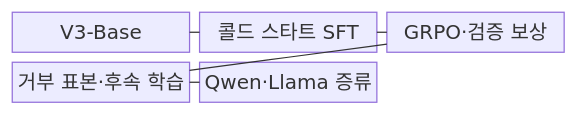
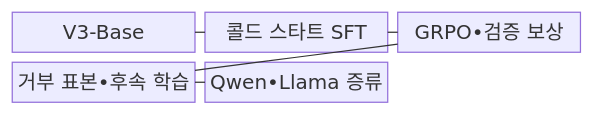
Before and after one commit to agnusdei1207/knowledge-base: the first of 2 diagrams in src/content/docs/notes/08-latest-tech/043_deepseek_r1.md, drawn with Mermaid. The commit also changed other lines of this file and 953 other files, not shown here.

````diff
--- a/src/content/docs/notes/08-latest-tech/043_deepseek_r1.md
+++ b/src/content/docs/notes/08-latest-tech/043_deepseek_r1.md
@@ -66,13 +66,13 @@
 ```mermaid
 block-beta
     columns 3
     B["V3-Base"]
     C["콜드 스타트 SFT"]
-    R["GRPO·검증 보상"]
-    S["거부 표본·후속 학습"]
-    D["Qwen·Llama 증류"]
+    R["GRPO•검증 보상"]
+    S["거부 표본•후속 학습"]
+    D["Qwen•Llama 증류"]
     B --- C
     C --- R
     R --- S
     S --- D
 ```
````
